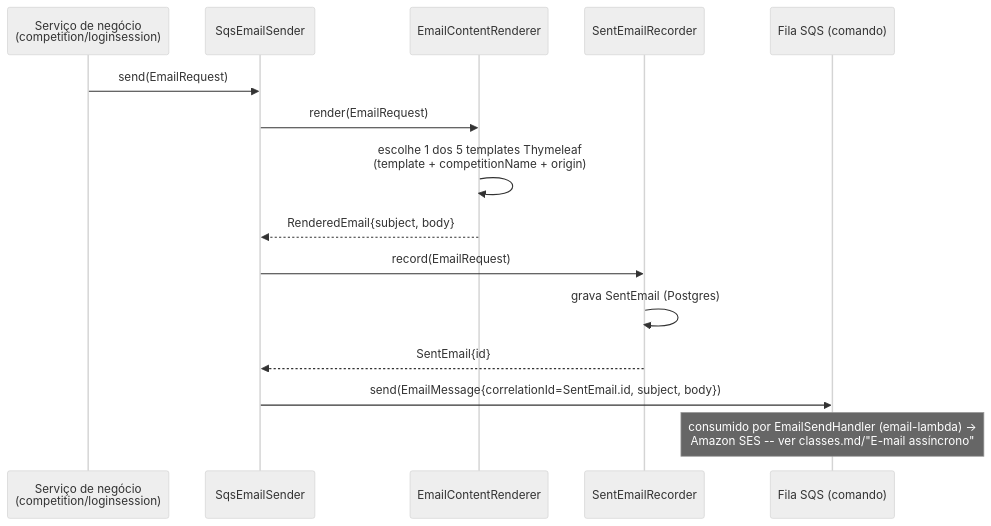
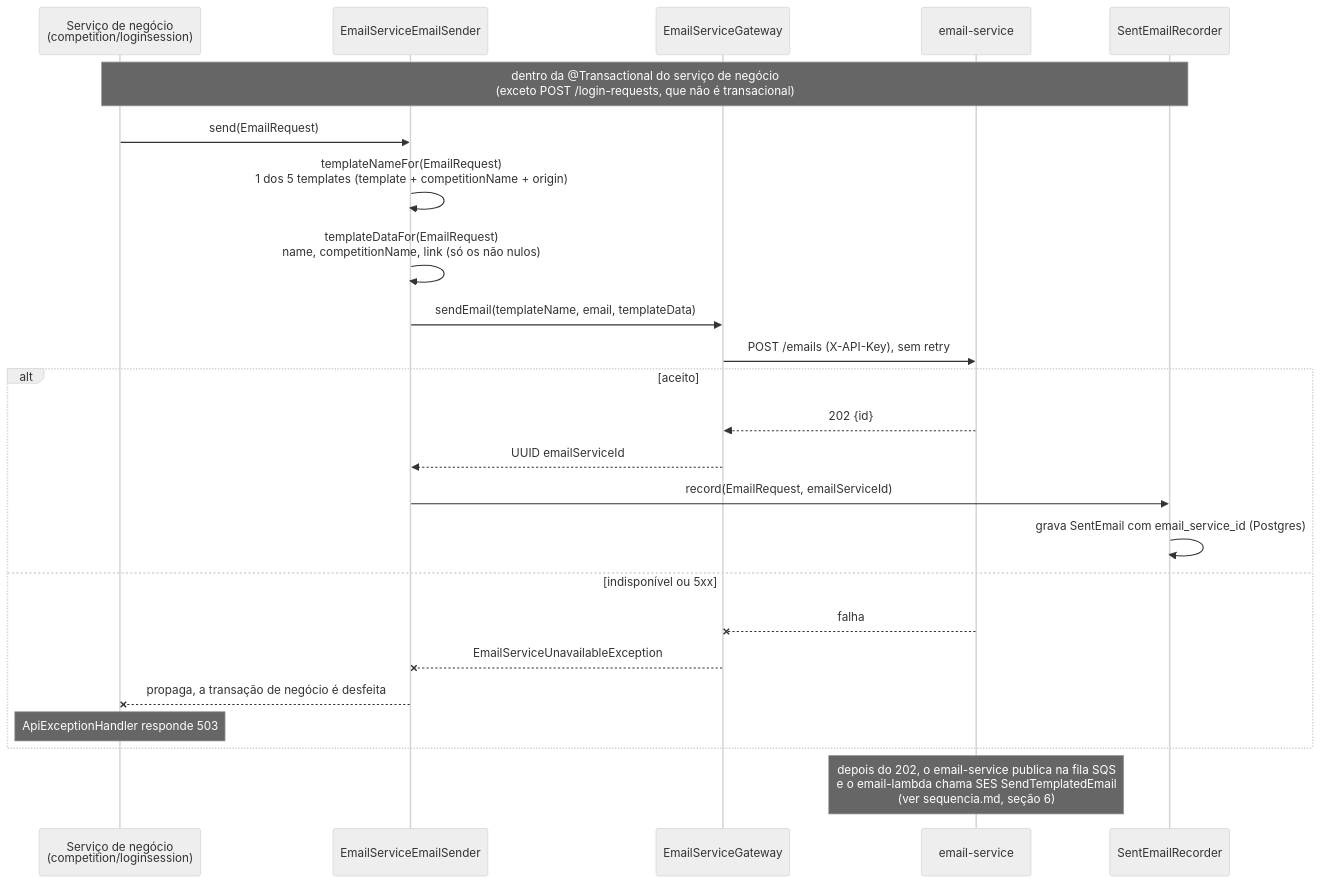
One commit to lalgarve/jogo-acoes changed the tenth of 21 diagrams in docs/diagrams/modulos.md. Above: the diagram before and after it, drawn with Mermaid (neutral theme). The commit also changed other lines of this file and 6 other files, not shown here.

````diff
--- a/docs/diagrams/modulos.md
+++ b/docs/diagrams/modulos.md
@@ -468,18 +487,27 @@
 ```mermaid
 sequenceDiagram
     participant Svc as Serviço de negócio<br/>(competition/loginsession)
-    participant Sender as SqsEmailSender
-    participant Renderer as EmailContentRenderer
+    participant Sender as EmailServiceEmailSender
+    participant GW as EmailServiceGateway
+    participant ESvc as email-service
     participant Rec as SentEmailRecorder
-    participant SQS as Fila SQS (comando)
 
+    Note over Svc,Rec: dentro da @Transactional do serviço de negócio<br/>(exceto POST /login-requests, que não é transacional)
     Svc->>Sender: send(EmailRequest)
-    Sender->>Renderer: render(EmailRequest)
-    Renderer->>Renderer: escolhe 1 dos 5 templates Thymeleaf<br/>(template + competitionName + origin)
-    Renderer-->>Sender: RenderedEmail{subject, body}
-    Sender->>Rec: record(EmailRequest)
-    Rec->>Rec: grava SentEmail (Postgres)
-    Rec-->>Sender: SentEmail{id}
-    Sender->>SQS: send(EmailMessage{correlationId=SentEmail.id, subject, body})
-    Note over SQS: consumido por EmailSendHandler (email-lambda) →<br/>Amazon SES -- ver classes.md/"E-mail assíncrono"
+    Sender->>Sender: templateNameFor(EmailRequest)<br/>1 dos 5 templates (template + competitionName + origin)
+    Sender->>Sender: templateDataFor(EmailRequest)<br/>name, competitionName, link (só os não nulos)
+    Sender->>GW: sendEmail(templateName, email, templateData)
+    GW->>ESvc: POST /emails (X-API-Key), sem retry
+    alt aceito
+        ESvc-->>GW: 202 {id}
+        GW-->>Sender: UUID emailServiceId
+        Sender->>Rec: record(EmailRequest, emailServiceId)
+        Rec->>Rec: grava SentEmail com email_service_id (Postgres)
+    else indisponível ou 5xx
+        ESvc--xGW: falha
+        GW--xSender: EmailServiceUnavailableException
+        Sender--xSvc: propaga, a transação de negócio é desfeita
+        Note over Svc: ApiExceptionHandler responde 503
+    end
+    Note over ESvc: depois do 202, o email-service publica na fila SQS<br/>e o email-lambda chama SES SendTemplatedEmail<br/>(ver sequencia.md, seção 6)
 ```
````
